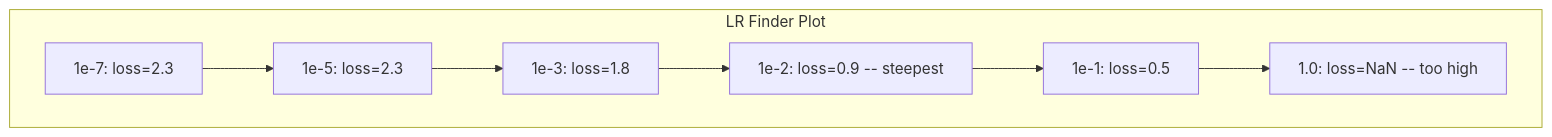
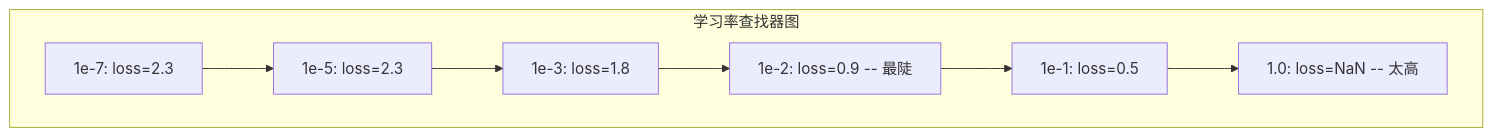
Before and after one commit to alessandrodinisio-ai/ai-engineering-learning-framework: the fifth of 5 diagrams in phases/03-deep-learning-core/13-debugging-neural-networks/docs/zh.md, drawn with Mermaid. The commit also changed other lines of this file and 120 other files, not shown here.

First line of the commit message:
i18n(mermaid): 337 个 mermaid 图表标签中文化

````diff
--- a/phases/03-deep-learning-core/13-debugging-neural-networks/docs/zh.md
+++ b/phases/03-deep-learning-core/13-debugging-neural-networks/docs/zh.md
@@ -166,11 +166,11 @@
 ```mermaid
 graph TD
-    subgraph "LR Finder Plot"
+    subgraph "学习率查找器图"
         direction LR
         A["1e-7: loss=2.3"] --> B["1e-5: loss=2.3"]
         B --> C["1e-3: loss=1.8"]
-        C --> D["1e-2: loss=0.9 -- steepest"]
+        C --> D["1e-2: loss=0.9 -- 最陡"]
         D --> E["1e-1: loss=0.5"]
-        E --> F["1.0: loss=NaN -- too high"]
+        E --> F["1.0: loss=NaN -- 太高"]
     end
 ```
````
